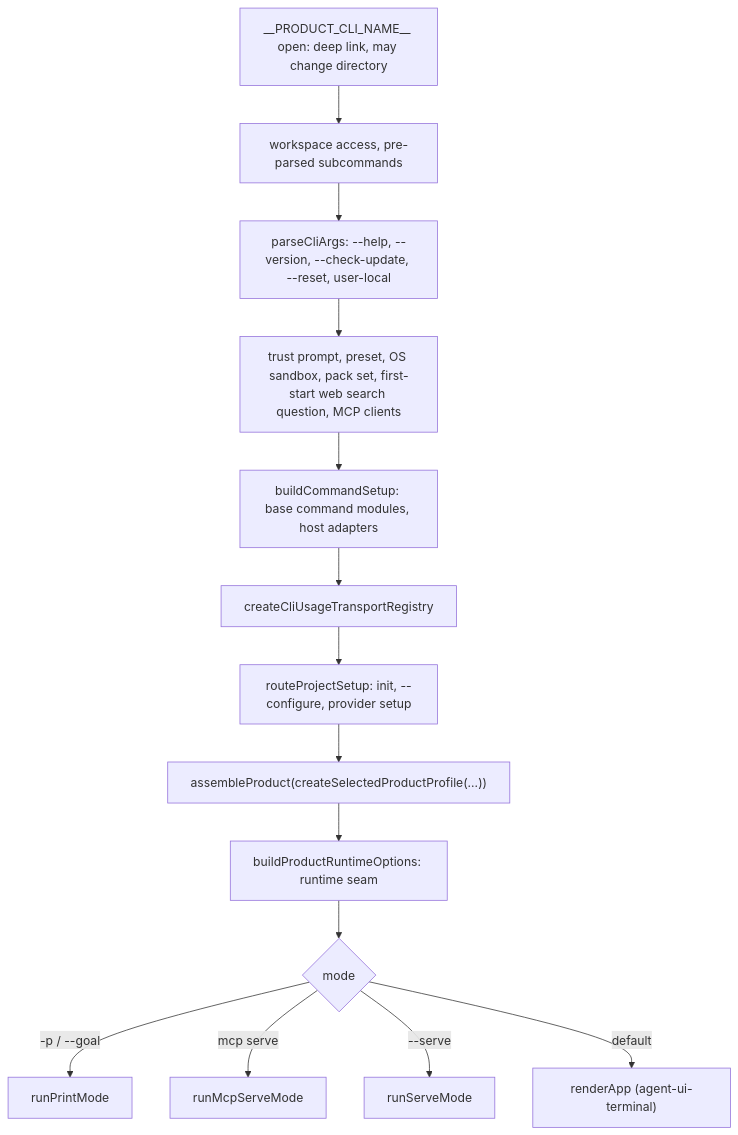
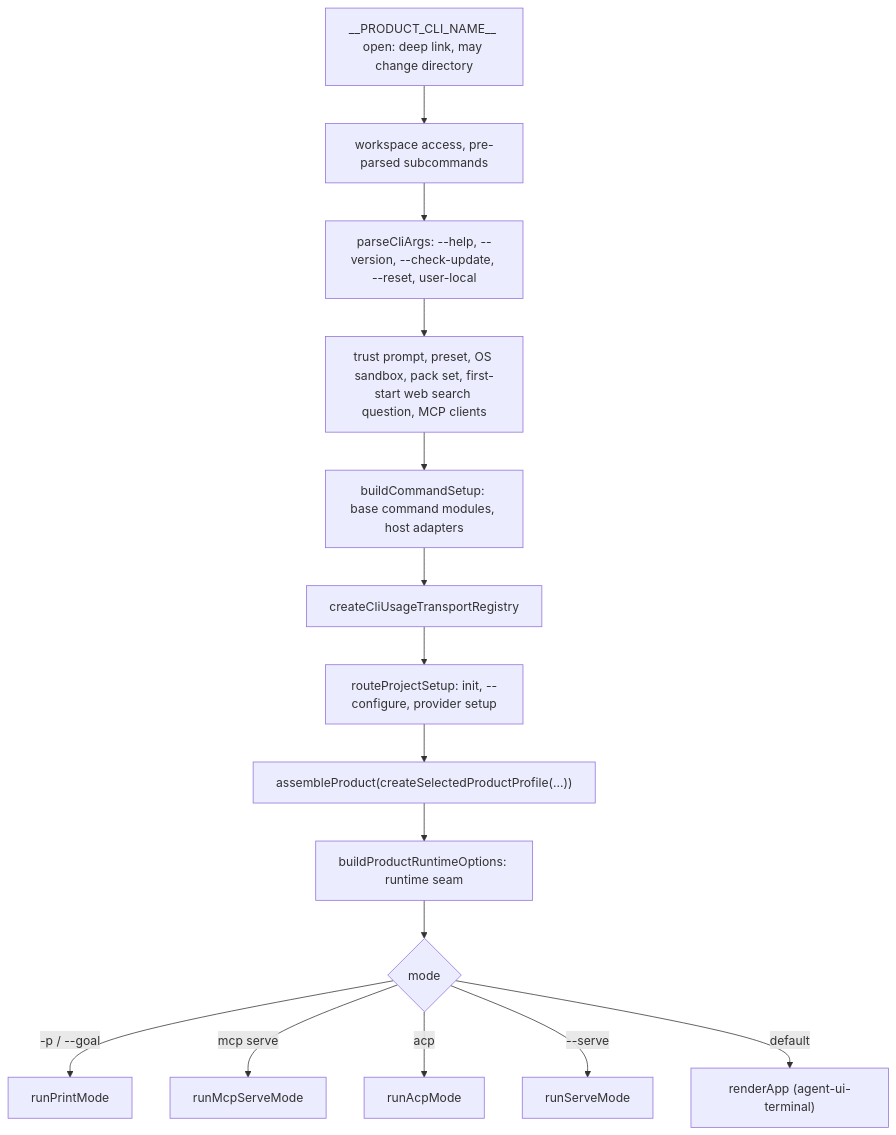
One commit to woojubb/robota changed the diagram in packages/agent-cli/docs/design/composition.md. Above: the diagram before and after it, drawn with Mermaid. The commit also changed other lines of this file and 152 other files, not shown here.

````diff
--- a/packages/agent-cli/docs/design/composition.md
+++ b/packages/agent-cli/docs/design/composition.md
@@ -65,16 +69,17 @@
 ```mermaid
 flowchart TD
     A["__PRODUCT_CLI_NAME__ open: deep link, may change directory"] --> B["workspace access, pre-parsed subcommands"]
     B --> C["parseCliArgs: --help, --version, --check-update, --reset, user-local"]
     C --> D["trust prompt, preset, OS sandbox, pack set, first-start web search question, MCP clients"]
     D --> E["buildCommandSetup: base command modules, host adapters"]
     E --> F["createCliUsageTransportRegistry"]
     F --> G["routeProjectSetup: init, --configure, provider setup"]
     G --> H["assembleProduct(createSelectedProductProfile(...))"]
     H --> I["buildProductRuntimeOptions: runtime seam"]
     I --> J{mode}
     J -->|"-p / --goal"| K["runPrintMode"]
     J -->|"mcp serve"| L["runMcpServeMode"]
+    J -->|"acp"| O["runAcpMode"]
     J -->|"--serve"| M["runServeMode"]
     J -->|default| N["renderApp (agent-ui-terminal)"]
 ```
````
